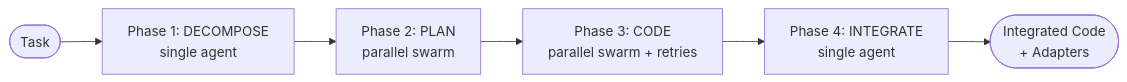
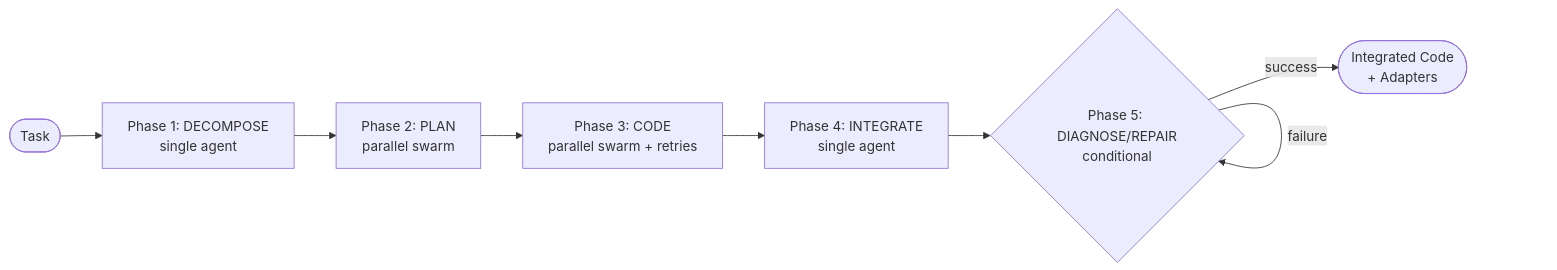
One commit to ElixirTrials/rune changed the diagram in docs/architecture/recursive-loop.md. Above: the diagram before and after it, drawn with Mermaid. The commit also changed other lines of this file and 18 other files, not shown here.

````diff
--- a/docs/architecture/recursive-loop.md
+++ b/docs/architecture/recursive-loop.md
@@ -13,8 +13,10 @@
 ```mermaid
 flowchart LR
     Task([Task]) --> P1[Phase 1: DECOMPOSE\nsingle agent]
     P1 --> P2[Phase 2: PLAN\nparallel swarm]
     P2 --> P3[Phase 3: CODE\nparallel swarm + retries]
     P3 --> P4[Phase 4: INTEGRATE\nsingle agent]
-    P4 --> Done([Integrated Code\n+ Adapters])
+    P4 --> P5{Phase 5: DIAGNOSE/REPAIR\nconditional}
+    P5 -->|failure| P5
+    P5 -->|success| Done([Integrated Code\n+ Adapters])
 ```
````
